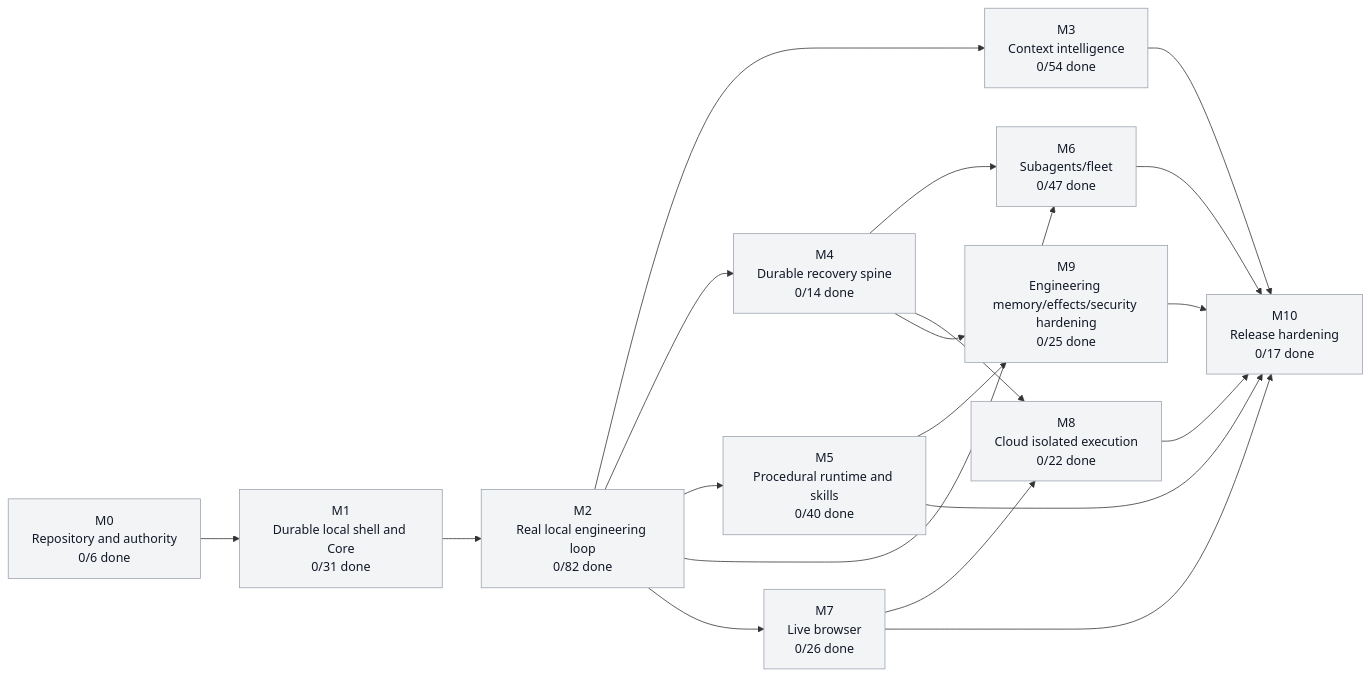
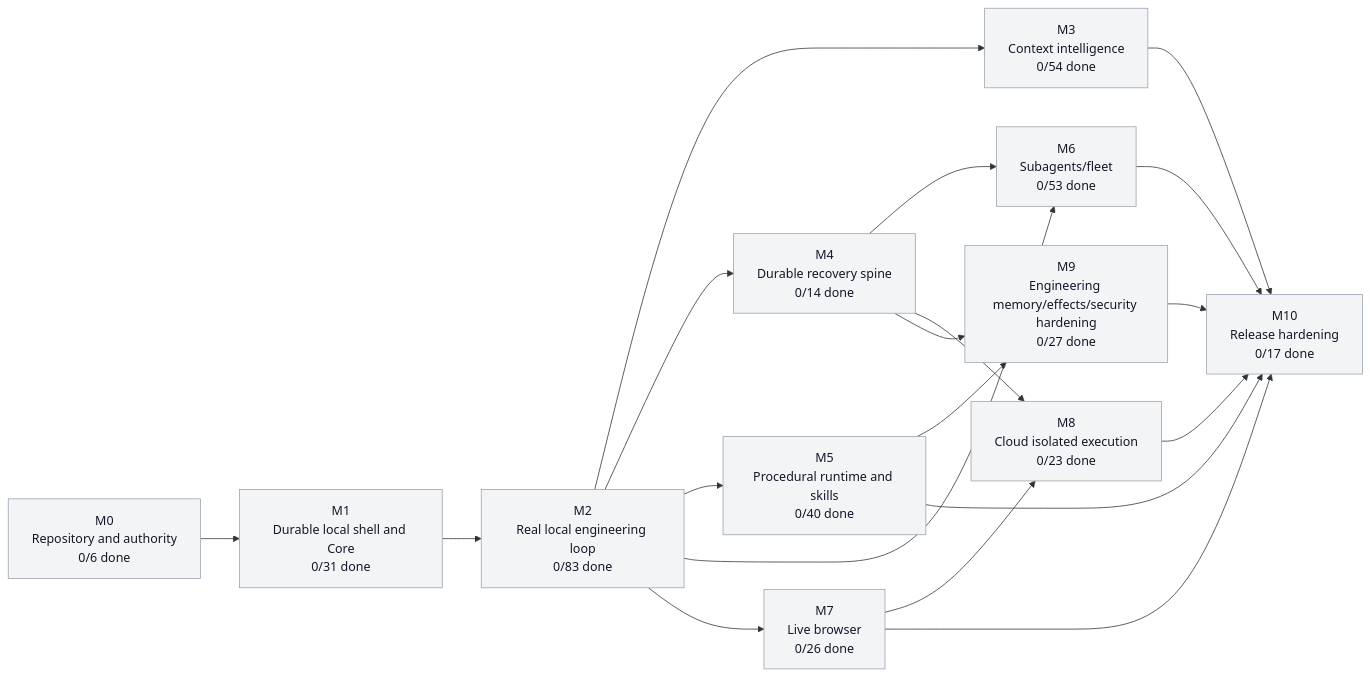
The first of 5 diagrams in graph/PROJECT_GRAPH.md (moss101/modbit), drawn with Mermaid before and after one commit. The commit also changed other lines of this file and 19 other files, not shown here.

````diff
--- a/graph/PROJECT_GRAPH.md
+++ b/graph/PROJECT_GRAPH.md
@@ -57,43 +57,43 @@
 ```mermaid
 flowchart LR
   M0["M0<br/>Repository and authority<br/>0/6 done"]
   M1["M1<br/>Durable local shell and Core<br/>0/31 done"]
-  M2["M2<br/>Real local engineering loop<br/>0/82 done"]
+  M2["M2<br/>Real local engineering loop<br/>0/83 done"]
   M3["M3<br/>Context intelligence<br/>0/54 done"]
   M4["M4<br/>Durable recovery spine<br/>0/14 done"]
   M5["M5<br/>Procedural runtime and skills<br/>0/40 done"]
-  M6["M6<br/>Subagents/fleet<br/>0/47 done"]
+  M6["M6<br/>Subagents/fleet<br/>0/53 done"]
   M7["M7<br/>Live browser<br/>0/26 done"]
-  M8["M8<br/>Cloud isolated execution<br/>0/22 done"]
-  M9["M9<br/>Engineering memory/effects/security hardening<br/>0/25 done"]
+  M8["M8<br/>Cloud isolated execution<br/>0/23 done"]
+  M9["M9<br/>Engineering memory/effects/security hardening<br/>0/27 done"]
   M10["M10<br/>Release hardening<br/>0/17 done"]
   M0 --> M1
   M1 --> M2
   M2 --> M3
   M2 --> M4
   M2 --> M5
   M2 --> M6
   M4 --> M6
   M2 --> M7
   M4 --> M8
   M7 --> M8
   M4 --> M9
   M5 --> M9
   M3 --> M10
   M5 --> M10
   M6 --> M10
   M7 --> M10
   M8 --> M10
   M9 --> M10
   style M0 fill:#f3f4f6,stroke:#9ca3af,color:#111827
   style M1 fill:#f3f4f6,stroke:#9ca3af,color:#111827
   style M2 fill:#f3f4f6,stroke:#9ca3af,color:#111827
   style M3 fill:#f3f4f6,stroke:#9ca3af,color:#111827
   style M4 fill:#f3f4f6,stroke:#9ca3af,color:#111827
   style M5 fill:#f3f4f6,stroke:#9ca3af,color:#111827
   style M6 fill:#f3f4f6,stroke:#9ca3af,color:#111827
   style M7 fill:#f3f4f6,stroke:#9ca3af,color:#111827
   style M8 fill:#f3f4f6,stroke:#9ca3af,color:#111827
   style M9 fill:#f3f4f6,stroke:#9ca3af,color:#111827
   style M10 fill:#f3f4f6,stroke:#9ca3af,color:#111827
 ```
````
